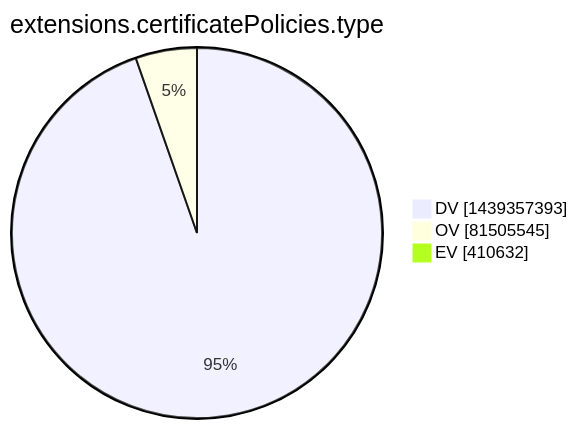
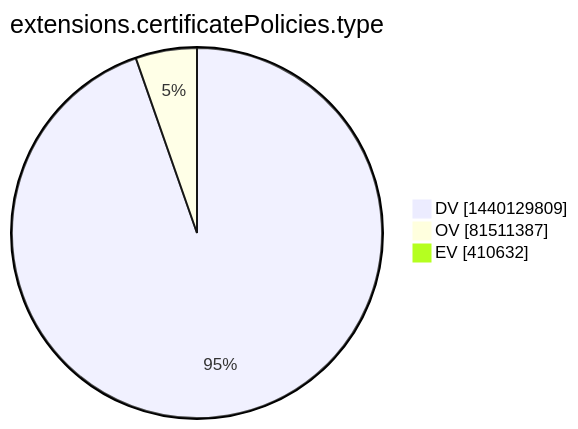
The tenth of 15 diagrams in xenon2022/README.md (christiankrug/ctmonitor_visualization), drawn with Mermaid before and after one commit. The commit also changed other lines of this file, not shown here.

````diff
--- a/xenon2022/README.md
+++ b/xenon2022/README.md
@@ -2867,7 +2867,7 @@
 ```mermaid
 pie showData
 title extensions.certificatePolicies.type
-"DV" :1439357393
-"OV" :81505545
+"DV" :1440129809
+"OV" :81511387
 "EV" :410632
 ```
````
